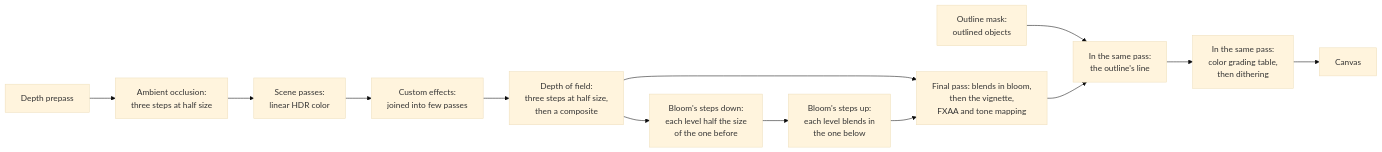
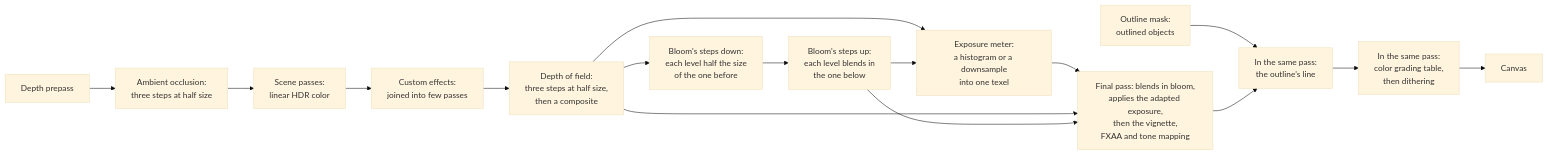
One commit to null3d-engine/null3d changed the diagram in docs/concepts/post-processing.md. Above: the diagram before and after it, drawn with Mermaid (base theme). The commit also changed other lines of this file and 46 other files, not shown here.

````diff
--- a/docs/concepts/post-processing.md
+++ b/docs/concepts/post-processing.md
@@ -13,15 +13,18 @@
 ```mermaid
 flowchart LR
     prepass["Depth prepass"] --> ao["Ambient occlusion:<br/>three steps at half size"]
     ao --> scene
     scene["Scene passes:<br/>linear HDR color"] --> custom["Custom effects:<br/>joined into few passes"]
     custom --> dof["Depth of field:<br/>three steps at half size,<br/>then a composite"]
     dof --> down["Bloom's steps down:<br/>each level half the size<br/>of the one before"]
     down --> up["Bloom's steps up:<br/>each level blends in<br/>the one below"]
-    dof --> final["Final pass: blends in bloom,<br/>then the vignette,<br/>FXAA and tone mapping"]
+    dof --> meter["Exposure meter:<br/>a histogram or a downsample<br/>into one texel"]
+    up --> meter
+    meter --> final["Final pass: blends in bloom,<br/>applies the adapted exposure,<br/>then the vignette,<br/>FXAA and tone mapping"]
+    dof --> final
     up --> final
     mask["Outline mask:<br/>outlined objects"] --> line
     final --> line["In the same pass:<br/>the outline's line"]
     line --> grade["In the same pass:<br/>color grading table,<br/>then dithering"]
     grade --> canvas["Canvas"]
 ```
````
